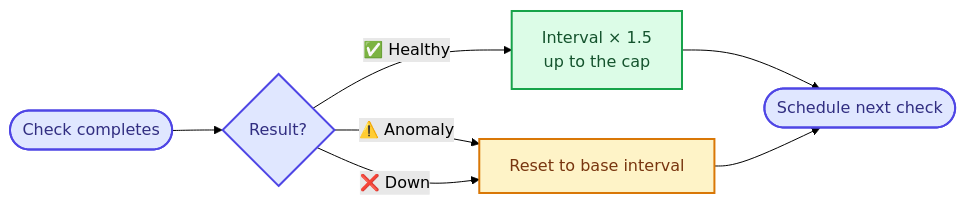
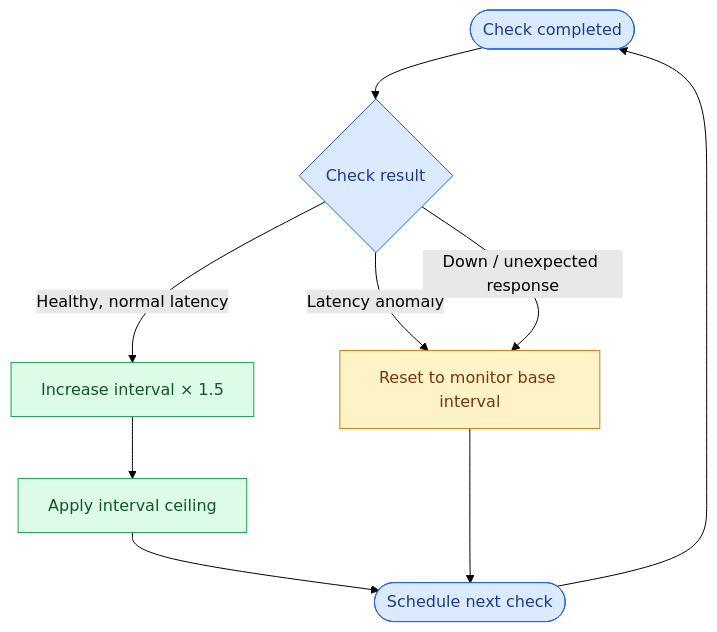
One commit to Neemasree/PULSEWATCH changed the fourth of 6 diagrams in README.md. Above: the diagram before and after it, drawn with Mermaid (forest theme). The commit also changed other lines of this file, not shown here.

````diff
--- a/README.md
+++ b/README.md
@@ -211,16 +210,18 @@
 ```mermaid
-flowchart LR
-  START(["Check completes"]) --> Q{"Result?"}
-  Q -->|"✅ Healthy"| UP["Interval × 1.5<br/>up to the cap"]
-  Q -->|"⚠️ Anomaly"| RESET["Reset to base interval"]
-  Q -->|"❌ Down"| RESET
-  UP --> NEXT(["Schedule next check"])
-  RESET --> NEXT
+flowchart TD
+    START(["Check completed"]) --> RESULT{"Check result"}
+    RESULT -->|"Healthy, normal latency"| GROW["Increase interval × 1.5"]
+    RESULT -->|"Latency anomaly"| RESET["Reset to monitor base interval"]
+    RESULT -->|"Down / unexpected response"| RESET
+    GROW --> CAP["Apply interval ceiling"]
+    CAP --> NEXT(["Schedule next check"])
+    RESET --> NEXT
+    NEXT --> START
 
-  classDef good fill:#DCFCE7,stroke:#16A34A,color:#14532D,stroke-width:2px
-  classDef warn fill:#FEF3C7,stroke:#D97706,color:#78350F,stroke-width:2px
-  classDef neutral fill:#E0E7FF,stroke:#4F46E5,color:#312E81,stroke-width:2px
-  class UP good
-  class RESET warn
-  class START,NEXT,Q neutral
+    classDef good fill:#DCFCE7,stroke:#16A34A,color:#14532D
+    classDef caution fill:#FEF3C7,stroke:#D97706,color:#78350F
+    classDef neutral fill:#DBEAFE,stroke:#2563EB,color:#1E3A8A
+    class GROW,CAP good
+    class RESET caution
+    class START,RESULT,NEXT neutral
 ```
````
